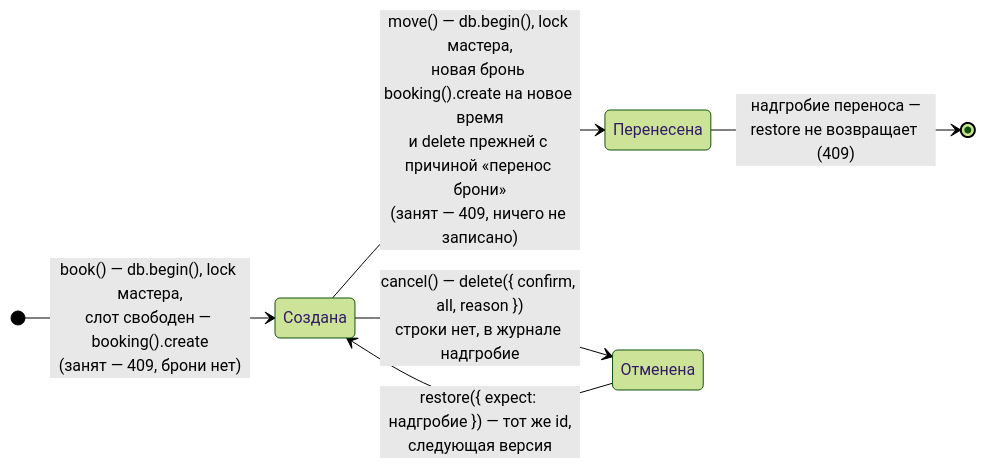
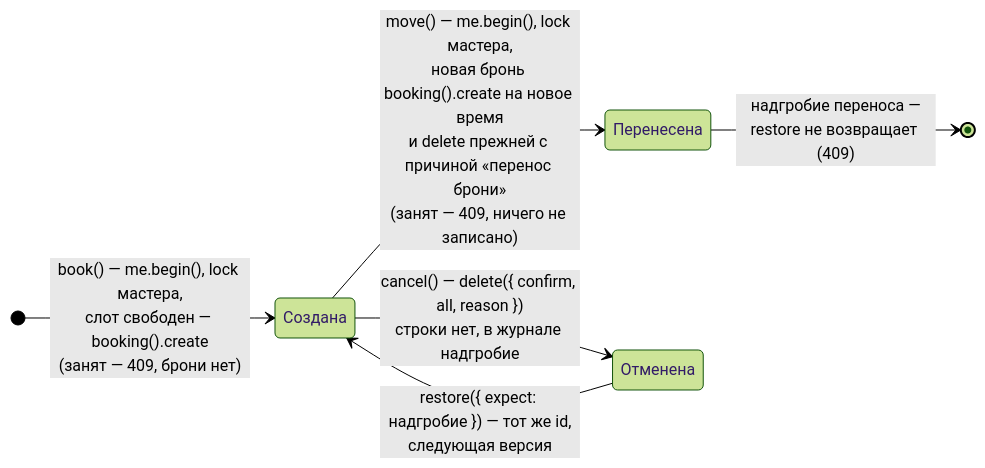
The third of 3 diagrams in guide/pages/services/salon.md (alepri51/letopis), drawn with Mermaid (forest theme) before and after one commit. The commit also changed other lines of this file and 86 other files, not shown here.

````diff
--- a/guide/pages/services/salon.md
+++ b/guide/pages/services/salon.md
@@ -186,9 +187,9 @@
 ```mermaid
 stateDiagram-v2
   direction LR
-  [*] --> Создана: book() — db.begin(), lock мастера,<br/>слот свободен — booking().create<br/>(занят — 409, брони нет)
-  Создана --> Перенесена: move() — db.begin(), lock мастера,<br/>новая бронь booking().create на новое время<br/>и delete прежней с причиной «перенос брони»<br/>(занят — 409, ничего не записано)
+  [*] --> Создана: book() — me.begin(), lock мастера,<br/>слот свободен — booking().create<br/>(занят — 409, брони нет)
+  Создана --> Перенесена: move() — me.begin(), lock мастера,<br/>новая бронь booking().create на новое время<br/>и delete прежней с причиной «перенос брони»<br/>(занят — 409, ничего не записано)
   Создана --> Отменена: cancel() — delete({ confirm, all, reason })<br/>строки нет, в журнале надгробие
   Отменена --> Создана: restore({ expect: надгробие }) — тот же id,<br/>следующая версия
   Перенесена --> [*]: надгробие переноса —<br/>restore не возвращает (409)
 ```
````
